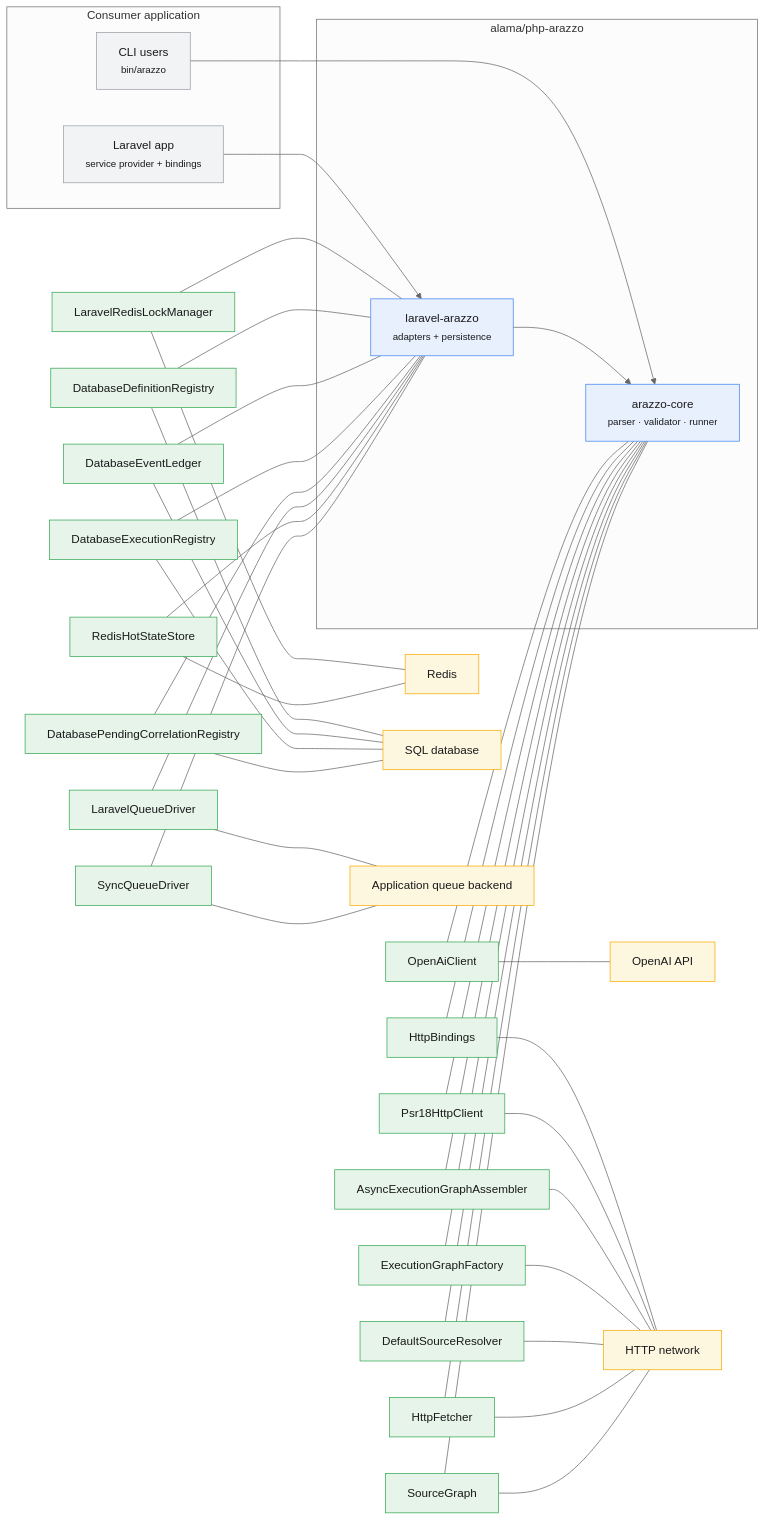
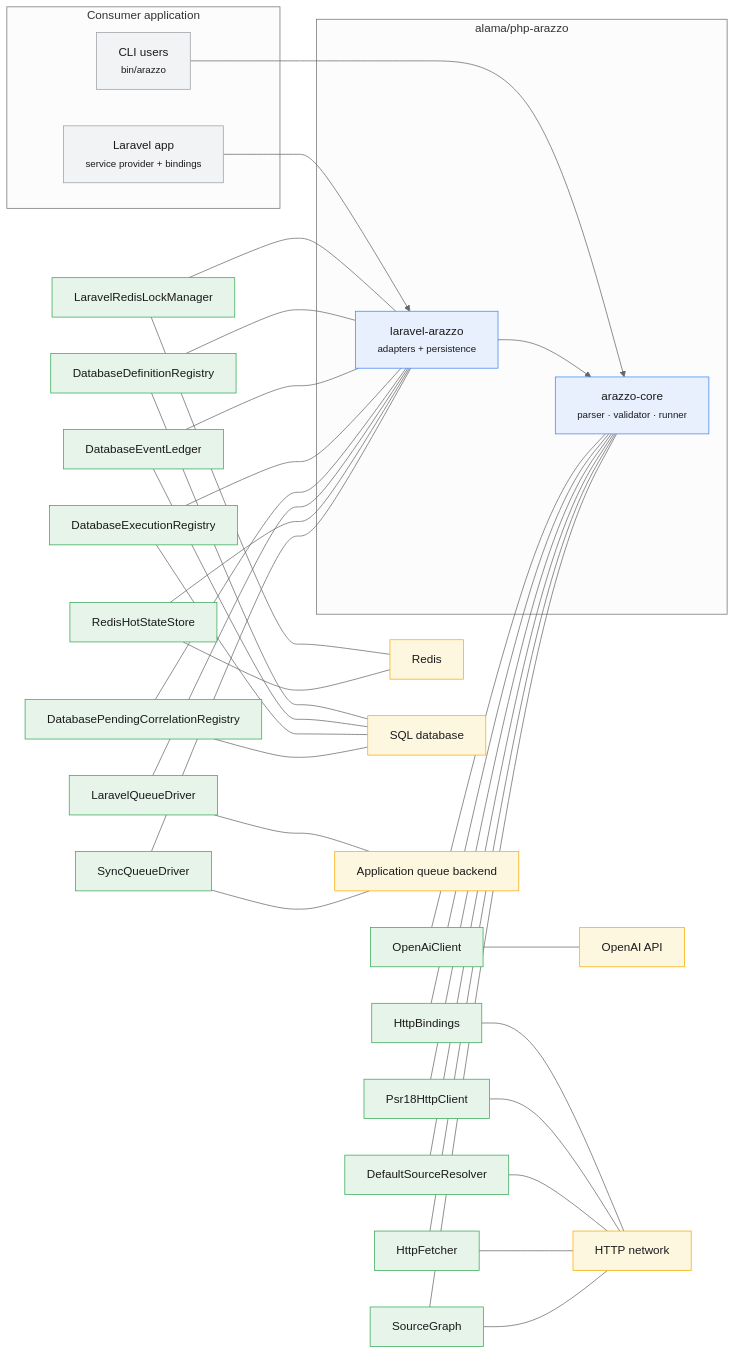
Before and after one commit to Mohammed-Alama/php-arazzo: the diagram in docs/generated/integration-context.md, drawn with Mermaid (neutral theme). The commit also changed 102 other files, not shown here.

````diff
--- a/docs/generated/integration-context.md
+++ b/docs/generated/integration-context.md
@@ -12,71 +12,65 @@
 ```mermaid
 flowchart LR
     subgraph Host["Consumer application"]
         LARAVEL["Laravel app<br/><small>service provider + bindings</small>"]:::host
         CLI["CLI users<br/><small>bin/arazzo</small>"]:::host
     end
     subgraph Package["alama/php-arazzo"]
         CORE["arazzo-core<br/><small>parser · validator · runner</small>"]:::package
         BRIDGE["laravel-arazzo<br/><small>adapters + persistence</small>"]:::package
         CLI --> CORE
         LARAVEL --> BRIDGE
         BRIDGE --> CORE
     end
         A_Alama_Arazzo_Laravel_Lock_LaravelRedisLockManager["LaravelRedisLockManager"]:::adapter
         A_Alama_Arazzo_Laravel_Lock_LaravelRedisLockManager --- BRIDGE
         A_Alama_Arazzo_Laravel_Lock_LaravelRedisLockManager --- redis
         A_Alama_Arazzo_Laravel_Persistence_DatabaseDefinitionRegistry["DatabaseDefinitionRegistry"]:::adapter
         A_Alama_Arazzo_Laravel_Persistence_DatabaseDefinitionRegistry --- BRIDGE
         A_Alama_Arazzo_Laravel_Persistence_DatabaseDefinitionRegistry --- sql
         A_Alama_Arazzo_Laravel_Persistence_DatabaseEventLedger["DatabaseEventLedger"]:::adapter
         A_Alama_Arazzo_Laravel_Persistence_DatabaseEventLedger --- BRIDGE
         A_Alama_Arazzo_Laravel_Persistence_DatabaseEventLedger --- sql
         A_Alama_Arazzo_Laravel_Persistence_DatabaseExecutionRegistry["DatabaseExecutionRegistry"]:::adapter
         A_Alama_Arazzo_Laravel_Persistence_DatabaseExecutionRegistry --- BRIDGE
         A_Alama_Arazzo_Laravel_Persistence_DatabaseExecutionRegistry --- sql
         A_Alama_Arazzo_Laravel_Persistence_DatabasePendingCorrelationRegistry["DatabasePendingCorrelationRegistry"]:::adapter
         A_Alama_Arazzo_Laravel_Persistence_DatabasePendingCorrelationRegistry --- BRIDGE
         A_Alama_Arazzo_Laravel_Persistence_DatabasePendingCorrelationRegistry --- sql
         A_Alama_Arazzo_Laravel_Queue_LaravelQueueDriver["LaravelQueueDriver"]:::adapter
         A_Alama_Arazzo_Laravel_Queue_LaravelQueueDriver --- BRIDGE
         A_Alama_Arazzo_Laravel_Queue_LaravelQueueDriver --- queue
         A_Alama_Arazzo_Laravel_State_RedisHotStateStore["RedisHotStateStore"]:::adapter
         A_Alama_Arazzo_Laravel_State_RedisHotStateStore --- BRIDGE
         A_Alama_Arazzo_Laravel_State_RedisHotStateStore --- redis
         A_Alama_Arazzo_Runner_Execution_SyncQueueDriver["SyncQueueDriver"]:::adapter
         A_Alama_Arazzo_Runner_Execution_SyncQueueDriver --- BRIDGE
         A_Alama_Arazzo_Runner_Execution_SyncQueueDriver --- queue
         A_Alama_Arazzo_Cli_Generator_Clients_OpenAiClient["OpenAiClient"]:::adapter
         A_Alama_Arazzo_Cli_Generator_Clients_OpenAiClient --- CORE
         A_Alama_Arazzo_Cli_Generator_Clients_OpenAiClient --- openai
         A_Alama_Arazzo_Laravel_Bindings_HttpBindings["HttpBindings"]:::adapter
         A_Alama_Arazzo_Laravel_Bindings_HttpBindings --- CORE
         A_Alama_Arazzo_Laravel_Bindings_HttpBindings --- net
         A_Alama_Arazzo_Laravel_Http_Psr18HttpClient["Psr18HttpClient"]:::adapter
         A_Alama_Arazzo_Laravel_Http_Psr18HttpClient --- CORE
         A_Alama_Arazzo_Laravel_Http_Psr18HttpClient --- net
-        A_Alama_Arazzo_Runner_Execution_AsyncExecutionGraphAssembler["AsyncExecutionGraphAssembler"]:::adapter
-        A_Alama_Arazzo_Runner_Execution_AsyncExecutionGraphAssembler --- CORE
-        A_Alama_Arazzo_Runner_Execution_AsyncExecutionGraphAssembler --- net
-        A_Alama_Arazzo_Runner_Execution_ExecutionGraphFactory["ExecutionGraphFactory"]:::adapter
-        A_Alama_Arazzo_Runner_Execution_ExecutionGraphFactory --- CORE
-        A_Alama_Arazzo_Runner_Execution_ExecutionGraphFactory --- net
         A_Alama_Arazzo_Sources_Resolver_DefaultSourceResolver["DefaultSourceResolver"]:::adapter
         A_Alama_Arazzo_Sources_Resolver_DefaultSourceResolver --- CORE
         A_Alama_Arazzo_Sources_Resolver_DefaultSourceResolver --- net
         A_Alama_Arazzo_Sources_Resolver_Fetchers_HttpFetcher["HttpFetcher"]:::adapter
         A_Alama_Arazzo_Sources_Resolver_Fetchers_HttpFetcher --- CORE
         A_Alama_Arazzo_Sources_Resolver_Fetchers_HttpFetcher --- net
         A_Alama_Arazzo_Sources_SourceGraph["SourceGraph"]:::adapter
         A_Alama_Arazzo_Sources_SourceGraph --- CORE
         A_Alama_Arazzo_Sources_SourceGraph --- net
     net["HTTP network"]:::system
     openai["OpenAI API"]:::system
     queue["Application queue backend"]:::system
     redis["Redis"]:::system
     sql["SQL database"]:::system
     classDef host fill:#f1f3f4,stroke:#9aa0a6,color:#1a1a1a;
     classDef package fill:#e8f0fe,stroke:#4285f4,color:#1a1a1a;
     classDef adapter fill:#e6f4ea,stroke:#34a853,color:#1a1a1a;
     classDef system fill:#fef7e0,stroke:#f9ab00,color:#1a1a1a;
 ```
````
